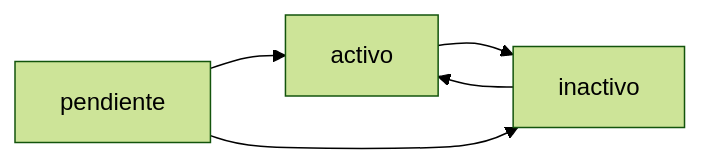
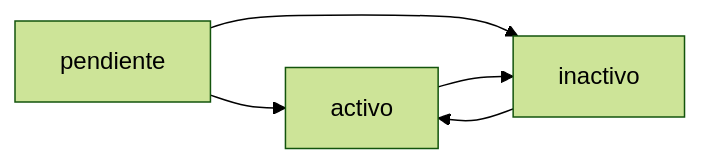
One commit to mg15best/impulsa-lov changed the fifth of 5 diagrams in docs/ESTADOS_TRANSICIONES.md. Above: the diagram before and after it, drawn with Mermaid (forest theme). The commit also changed other lines of this file and 1 other file, not shown here.

````diff
--- a/docs/ESTADOS_TRANSICIONES.md
+++ b/docs/ESTADOS_TRANSICIONES.md
@@ -249,7 +258,7 @@
 ```mermaid
 graph LR
     A[pendiente] --> B[activo]
+    A[pendiente] --> C[inactivo]
     B --> C[inactivo]
     C --> B[activo]
-    A --> C[inactivo]
 ```
````
